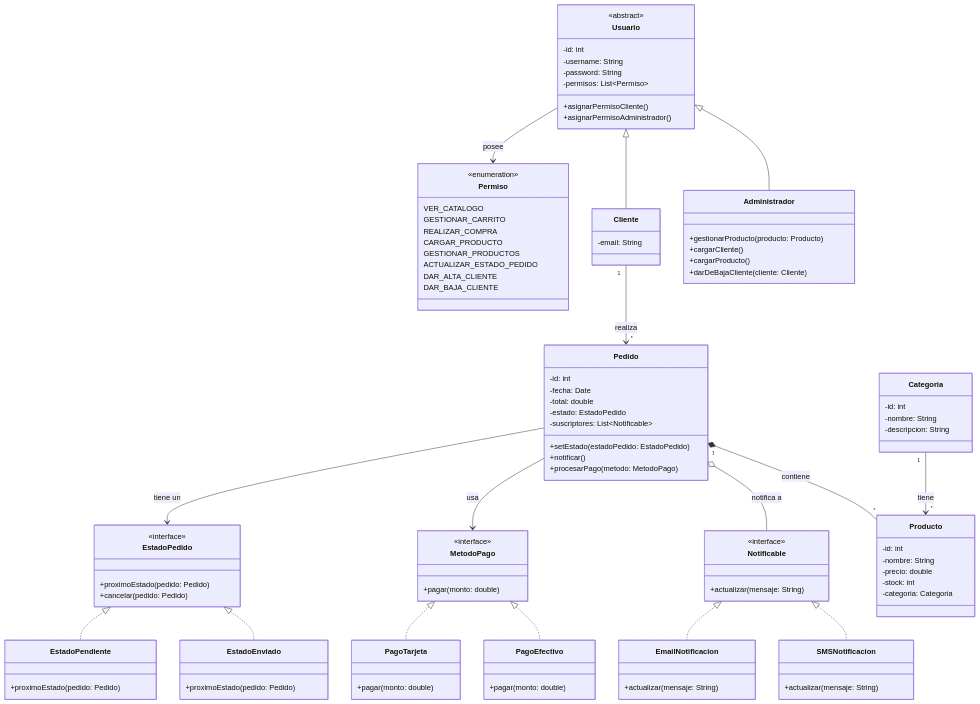
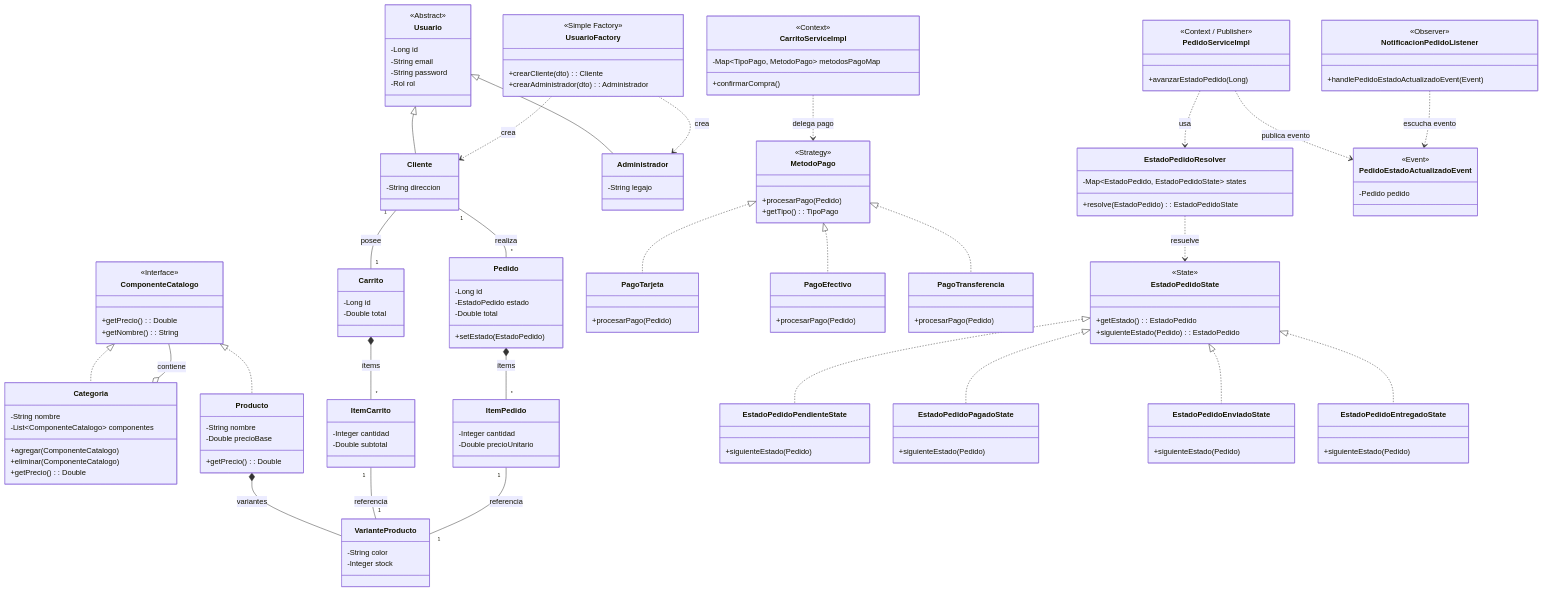
The diagram in diagrama.mmd (iopatich/PDS_E-Market_Equipo03), drawn with Mermaid before and after one commit.

Commit message:
mermaid uml actualizado

```diff
--- a/diagrama.mmd
+++ b/diagrama.mmd
@@ -1,114 +1,167 @@
 classDiagram
     direction TB
 
-    %% Patrón Strategy para Pagos
+    %% --------------------------------------------------
+    %% ENTIDADES BASE Y SIMPLE FACTORY (Usuarios)
+    %% --------------------------------------------------
+    class Usuario {
+        <<Abstract>>
+        -Long id
+        -String email
+        -String password
+        -Rol rol
+    }
+    class Cliente {
+        -String direccion
+    }
+    class Administrador {
+        -String legajo
+    }
+    class UsuarioFactory {
+        <<Simple Factory>>
+        +crearCliente(dto): Cliente
+        +crearAdministrador(dto): Administrador
+    }
+
+    Usuario <|-- Cliente
+    Usuario <|-- Administrador
+    UsuarioFactory ..> Cliente : crea
+    UsuarioFactory ..> Administrador : crea
+
+    %% --------------------------------------------------
+    %% PATRÓN COMPOSITE (Catálogo de Muebles)
+    %% --------------------------------------------------
+    class ComponenteCatalogo {
+        <<Interface>>
+        +getPrecio(): Double
+        +getNombre(): String
+    }
+    class Categoria {
+        -String nombre
+        -List~ComponenteCatalogo~ componentes
+        +agregar(ComponenteCatalogo)
+        +eliminar(ComponenteCatalogo)
+        +getPrecio(): Double
+    }
+    class Producto {
+        -String nombre
+        -Double precioBase
+        +getPrecio(): Double
+    }
+    class VarianteProducto {
+        -String color
+        -Integer stock
+    }
+
+    ComponenteCatalogo <|.. Categoria
+    ComponenteCatalogo <|.. Producto
+    Categoria o-- ComponenteCatalogo : contiene
+    Producto *-- VarianteProducto : variantes
+
+    %% --------------------------------------------------
+    %% COMPRAS Y PEDIDOS
+    %% --------------------------------------------------
+    class Carrito {
+        -Long id
+        -Double total
+    }
+    class ItemCarrito {
+        -Integer cantidad
+        -Double subtotal
+    }
+    class Pedido {
+        -Long id
+        -EstadoPedido estado
+        -Double total
+        +setEstado(EstadoPedido)
+    }
+    class ItemPedido {
+        -Integer cantidad
+        -Double precioUnitario
+    }
+
+    Cliente "1" -- "1" Carrito : posee
+    Carrito *-- "*" ItemCarrito : ítems
+    ItemCarrito "1" -- "1" VarianteProducto : referencia
+    Cliente "1" -- "*" Pedido : realiza
+    Pedido *-- "*" ItemPedido : ítems
+    ItemPedido "1" -- "1" VarianteProducto : referencia
+
+    %% --------------------------------------------------
+    %% PATRÓN STRATEGY (Métodos de Pago)
+    %% --------------------------------------------------
     class MetodoPago {
-        <<interface>>
-        +pagar(monto: double)
+        <<Strategy>>
+        +procesarPago(Pedido)
+        +getTipo(): TipoPago
     }
     class PagoTarjeta {
-        +pagar(monto: double)
+        +procesarPago(Pedido)
     }
     class PagoEfectivo {
-        +pagar(monto: double)
+        +procesarPago(Pedido)
     }
+    class PagoTransferencia {
+        +procesarPago(Pedido)
+    }
+    class CarritoServiceImpl {
+        <<Context>>
+        -Map~TipoPago, MetodoPago~ metodosPagoMap
+        +confirmarCompra()
+    }
+
     MetodoPago <|.. PagoTarjeta
     MetodoPago <|.. PagoEfectivo
+    MetodoPago <|.. PagoTransferencia
+    CarritoServiceImpl ..> MetodoPago : delega pago
 
-    %% Patrón State para el Pedido
-    class EstadoPedido {
-        <<interface>>
-        +proximoEstado(pedido: Pedido)
-        +cancelar(pedido: Pedido)
+    %% --------------------------------------------------
+    %% PATRÓN STATE (Estados del Pedido)
+    %% --------------------------------------------------
+    class EstadoPedidoState {
+        <<State>>
+        +getEstado(): EstadoPedido
+        +siguienteEstado(Pedido): EstadoPedido
     }
-    class EstadoPendiente {
-        +proximoEstado(pedido: Pedido)
+    class EstadoPedidoPendienteState {
+        +siguienteEstado(Pedido)
     }
-    class EstadoEnviado {
-        +proximoEstado(pedido: Pedido)
+    class EstadoPedidoPagadoState {
+        +siguienteEstado(Pedido)
     }
-    EstadoPedido <|.. EstadoPendiente
-    EstadoPedido <|.. EstadoEnviado
-
-    %% Patrón Observer para Notificaciones
-    class Notificable {
-        <<interface>>
-        +actualizar(mensaje: String)
+    class EstadoPedidoEnviadoState {
+        +siguienteEstado(Pedido)
     }
-    class EmailNotificacion {
-        +actualizar(mensaje: String)
+    class EstadoPedidoEntregadoState {
+        +siguienteEstado(Pedido)
     }
-    class SMSNotificacion {
-        +actualizar(mensaje: String)
+    class EstadoPedidoResolver {
+        -Map~EstadoPedido, EstadoPedidoState~ states
+        +resolve(EstadoPedido): EstadoPedidoState
     }
-    Notificable <|.. EmailNotificacion
-    Notificable <|.. SMSNotificacion
-
-    %% Enumeración de Permisos
-    class Permiso {
-        <<enumeration>>
-        VER_CATALOGO
-        GESTIONAR_CARRITO
-        REALIZAR_COMPRA
-        CARGAR_PRODUCTO
-        GESTIONAR_PRODUCTOS
-        ACTUALIZAR_ESTADO_PEDIDO
-        DAR_ALTA_CLIENTE
-        DAR_BAJA_CLIENTE
+    class PedidoServiceImpl {
+        <<Context / Publisher>>
+        +avanzarEstadoPedido(Long)
     }
 
-    %% Clases Principales del Dominio
-    class Usuario {
-        <<abstract>>
-        -id: int
-        -username: String
-        -password: String
-        -permisos: List~Permiso~
-        +asignarPermisoCliente()
-        +asignarPermisoAdministrador()
+    EstadoPedidoState <|.. EstadoPedidoPendienteState
+    EstadoPedidoState <|.. EstadoPedidoPagadoState
+    EstadoPedidoState <|.. EstadoPedidoEnviadoState
+    EstadoPedidoState <|.. EstadoPedidoEntregadoState
+    EstadoPedidoResolver ..> EstadoPedidoState : resuelve
+    PedidoServiceImpl ..> EstadoPedidoResolver : usa
+
+    %% --------------------------------------------------
+    %% PATRÓN OBSERVER (Notificaciones)
+    %% --------------------------------------------------
+    class PedidoEstadoActualizadoEvent {
+        <<Event>>
+        -Pedido pedido
     }
-    class Cliente {
-        -email: String
-    }
-    class Administrador {
-        +gestionarProducto(producto: Producto)
-        +cargarCliente()
-        +cargarProducto()
-        +darDeBajaCliente(cliente: Cliente)
-    }
-    Usuario <|-- Cliente
-    Usuario <|-- Administrador
-    
-    class Producto {
-        -id: int
-        -nombre: String
-        -precio: double
-        -stock: int
-        -categoria: Categoria
+    class NotificacionPedidoListener {
+        <<Observer>>
+        +handlePedidoEstadoActualizadoEvent(Event)
     }
 
-    class Categoria {
-        -id: int
-        -nombre: String
-        -descripcion: String
-    }
-
-    class Pedido {
-        -id: int
-        -fecha: Date
-        -total: double
-        -estado: EstadoPedido
-        -suscriptores: List~Notificable~
-        +setEstado(estadoPedido: EstadoPedido)
-        +notificar()
-        +procesarPago(metodo: MetodoPago)
-    }
-
-    %% Relaciones
-    Cliente "1" --> "*" Pedido : realiza
-    Pedido "1" *-- "*" Producto : contiene
-    Pedido --> EstadoPedido : tiene un
-    Pedido --> MetodoPago : usa
-    Pedido o-- Notificable : notifica a
-    Usuario --> Permiso : posee
-    Categoria "1" --> "*" Producto: tiene
+    PedidoServiceImpl ..> PedidoEstadoActualizadoEvent : publica evento
+    NotificacionPedidoListener ..> PedidoEstadoActualizadoEvent : escucha evento
```
